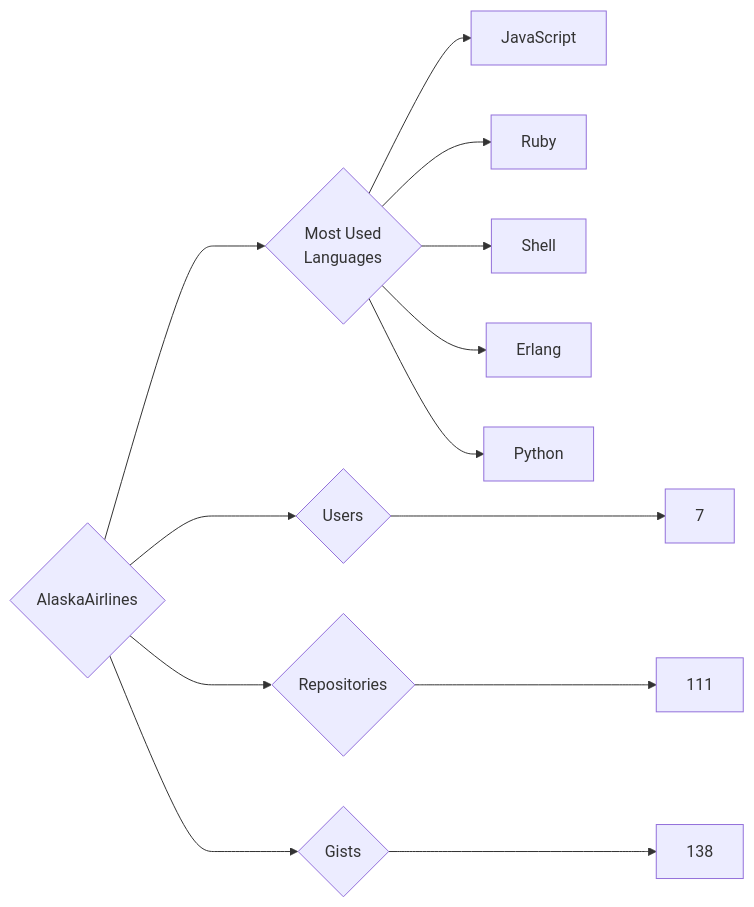
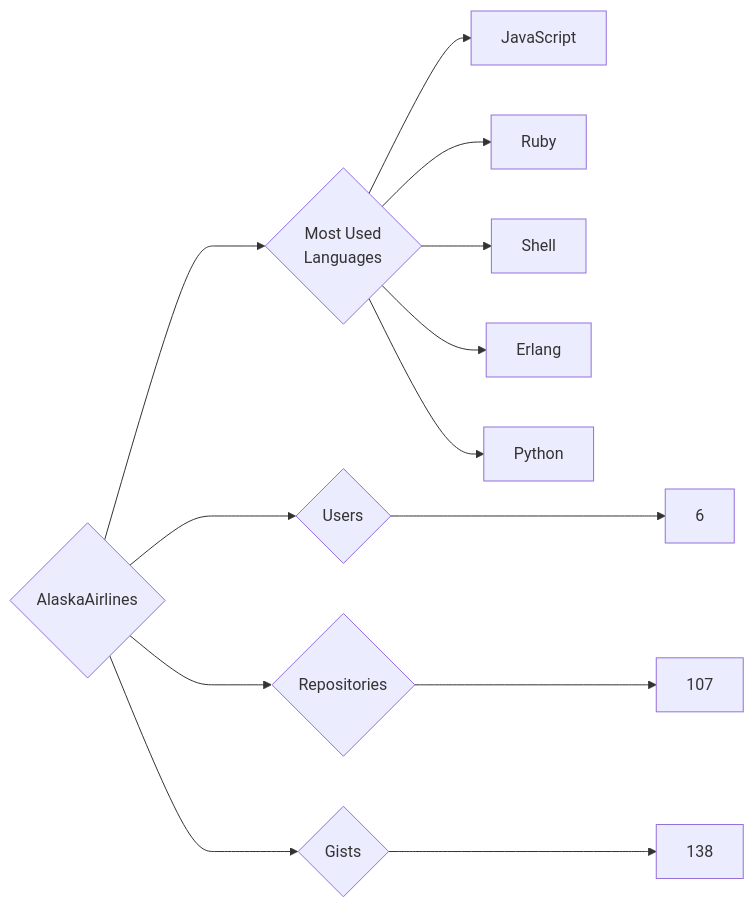
Before and after one commit to trickest/insiders: the diagram in targets/AlaskaAirlines/README.md, drawn with Mermaid. The commit also changed 840 other files, not shown here.

````diff
--- a/targets/AlaskaAirlines/README.md
+++ b/targets/AlaskaAirlines/README.md
@@ -3,13 +3,13 @@
 ```mermaid
 graph LR
 COMPANY_NAME{AlaskaAirlines}
-COMPANY_NAME ---> U{Users} ---> UN[7]
-COMPANY_NAME ---> R{Repositories} ---> RN[111]
+COMPANY_NAME ---> U{Users} ---> UN[6]
+COMPANY_NAME ---> R{Repositories} ---> RN[107]
 COMPANY_NAME ---> G{Gists} ---> GN[138]
 COMPANY_NAME ---> ML{Most Used<br>Languages}
 ML --> JavaScript[JavaScript]
 ML --> Ruby[Ruby]
 ML --> Shell[Shell]
 ML --> Erlang[Erlang]
 ML --> Python[Python]
 ```
````
